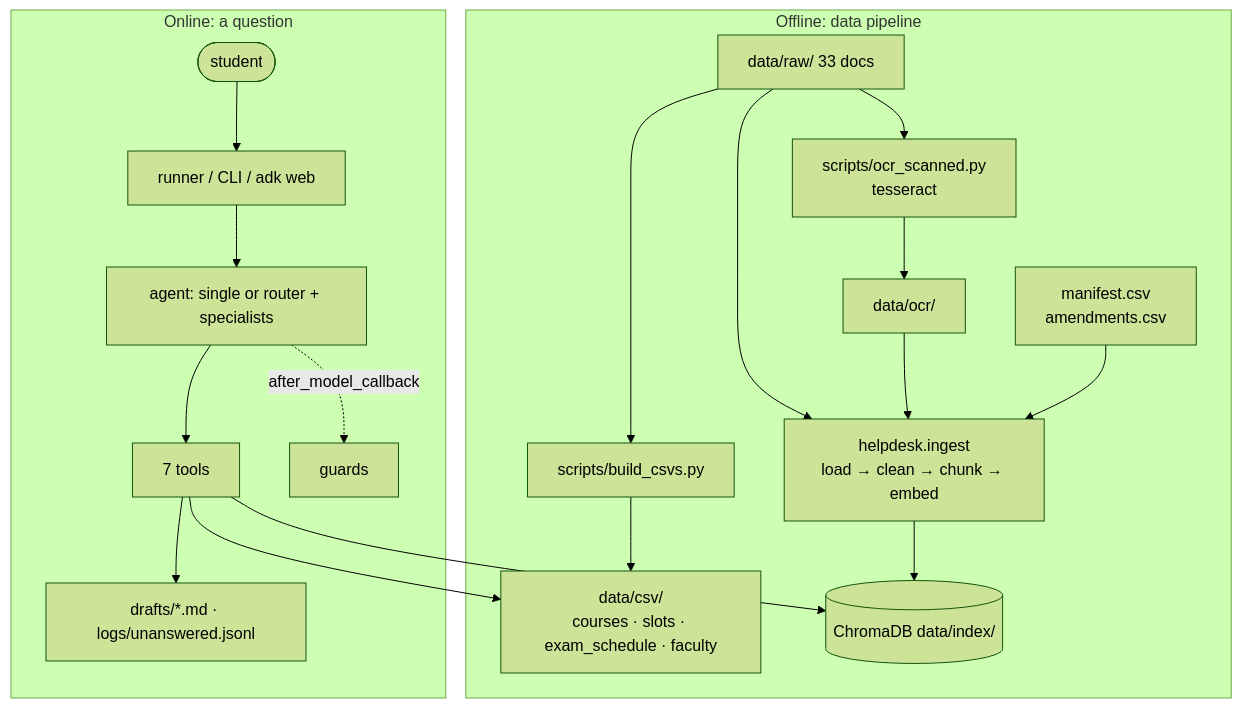
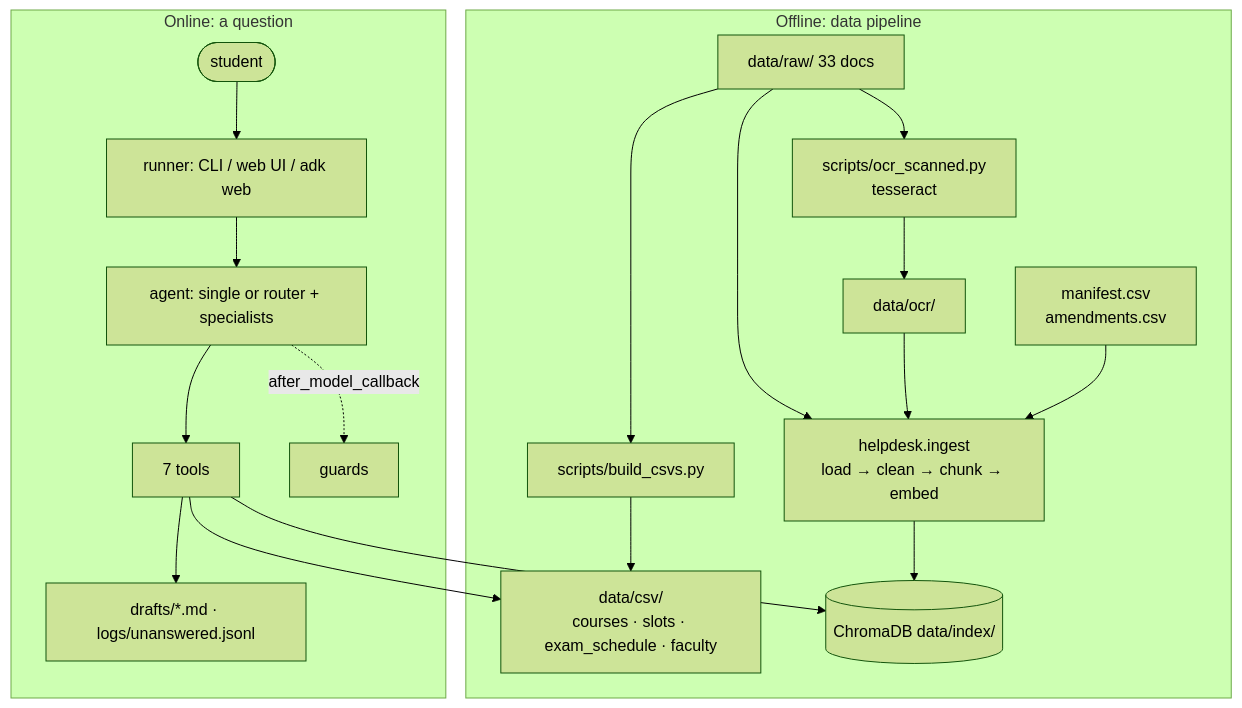
One commit to SreenityaThatikunta/academic-helpdesk-agent changed the diagram in docs/TECHNICAL.md. Above: the diagram before and after it, drawn with Mermaid (forest theme). The commit also changed other lines of this file and 3 other files, not shown here.

````diff
--- a/docs/TECHNICAL.md
+++ b/docs/TECHNICAL.md
@@ -26,20 +26,20 @@
 ```mermaid
 flowchart TB
     subgraph offline[Offline: data pipeline]
         RAW[data/raw/ 33 docs] --> OCR[scripts/ocr_scanned.py<br/>tesseract] --> OT[data/ocr/]
         RAW --> CSV[scripts/build_csvs.py] --> DC[data/csv/<br/>courses · slots · exam_schedule · faculty]
         RAW --> ING[helpdesk.ingest<br/>load → clean → chunk → embed]
         OT --> ING
         MAN[manifest.csv<br/>amendments.csv] --> ING
         ING --> IDX[(ChromaDB data/index/)]
     end
     subgraph online[Online: a question]
-        Q([student]) --> RUN[runner / CLI / adk web]
+        Q([student]) --> RUN[runner: CLI / web UI / adk web]
         RUN --> AG[agent: single or router + specialists]
         AG --> TOOLS[7 tools]
         TOOLS --> IDX
         TOOLS --> DC
         TOOLS --> OUT[drafts/*.md · logs/unanswered.jsonl]
         AG -.after_model_callback.-> G[guards]
     end
 ```
````
